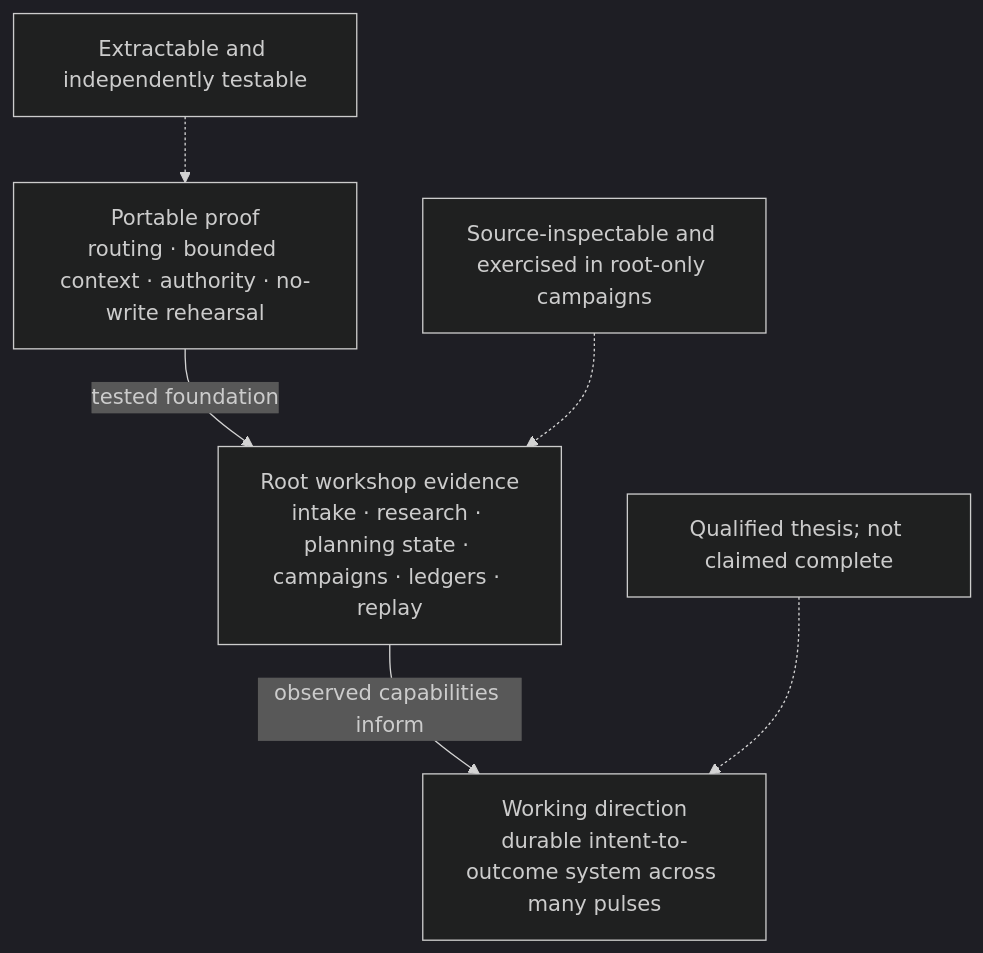
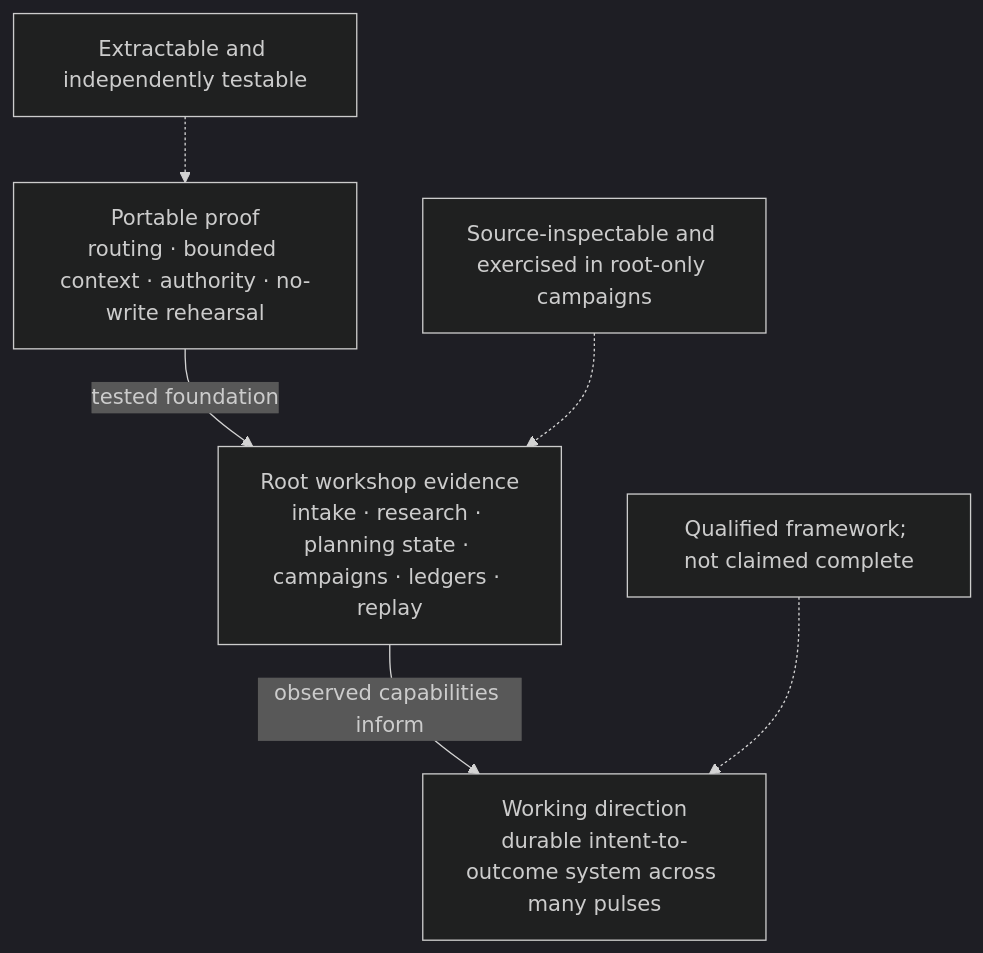
Before and after one commit to yiwei79/root-azoth: the second of 4 diagrams in docs/PERSONAL_HARNESS_OS.md, drawn with Mermaid (dark theme). The commit also changed other lines of this file and 4 other files, not shown here.

````diff
--- a/docs/PERSONAL_HARNESS_OS.md
+++ b/docs/PERSONAL_HARNESS_OS.md
@@ -60,13 +60,13 @@
 ```mermaid
 flowchart TB
     W["Working direction<br/>durable intent-to-outcome system across many pulses"]
     R["Root workshop evidence<br/>intake · research · planning state · campaigns · ledgers · replay"]
     P["Portable proof<br/>routing · bounded context · authority · no-write rehearsal"]
 
     P -->|tested foundation| R
     R -->|observed capabilities inform| W
 
     P1["Extractable and independently testable"] -.-> P
     R1["Source-inspectable and exercised in root-only campaigns"] -.-> R
-    W1["Qualified thesis; not claimed complete"] -.-> W
+    W1["Qualified framework; not claimed complete"] -.-> W
 ```
````
